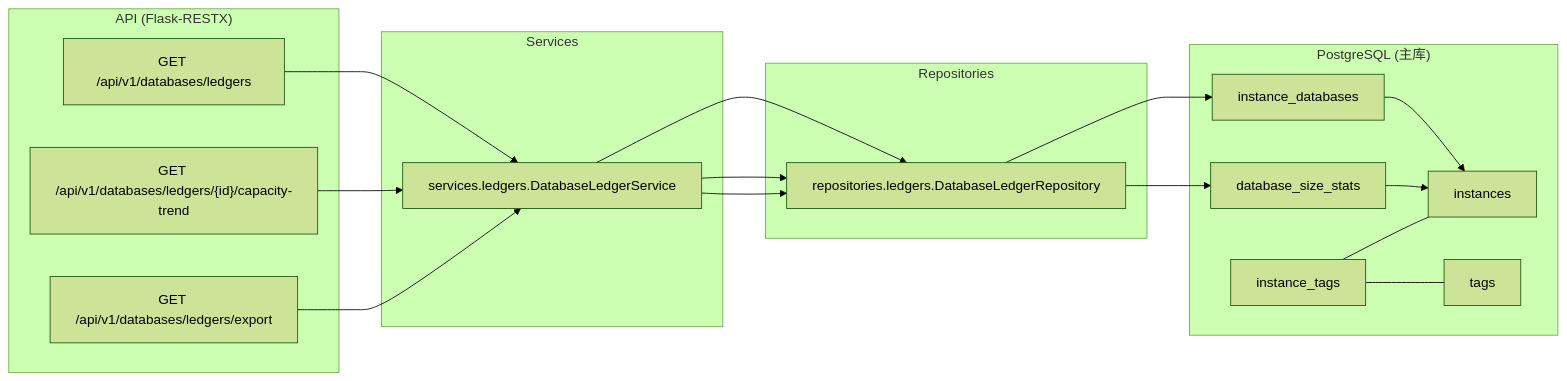
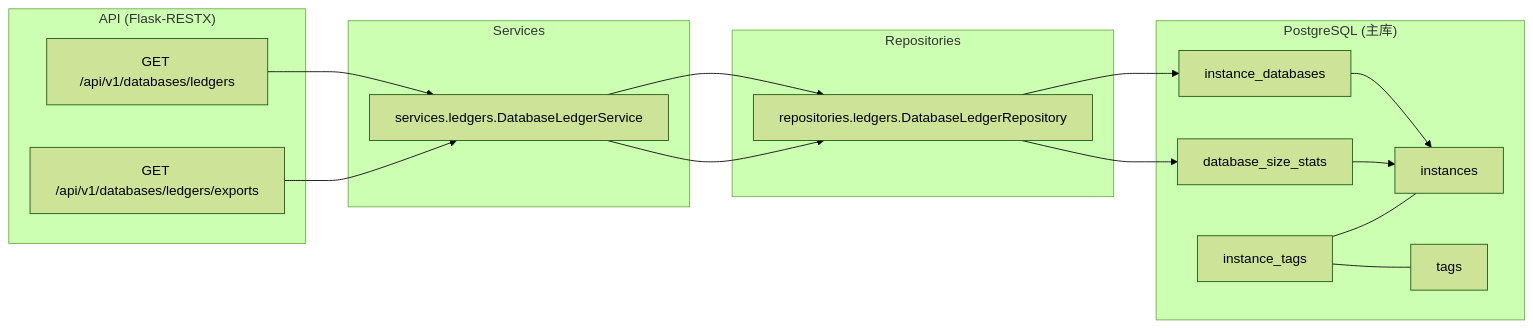
One commit to nyealovey/WhaleFall changed the diagram in docs/architecture/databases-ledger-domain.md. Above: the diagram before and after it, drawn with Mermaid (forest theme). The commit also changed other lines of this file and 50 other files, not shown here.

````diff
--- a/docs/architecture/databases-ledger-domain.md
+++ b/docs/architecture/databases-ledger-domain.md
@@ -30,32 +29,31 @@
 ```mermaid
 flowchart LR
   subgraph API["API (Flask-RESTX)"]
     Ledgers["GET /api/v1/databases/ledgers"]
-    Trend["GET /api/v1/databases/ledgers/{id}/capacity-trend"]
-    Export["GET /api/v1/databases/ledgers/export"]
+    Export["GET /api/v1/databases/ledgers/exports"]
   end
 
   subgraph Services["Services"]
     LedgerSvc["services.ledgers.DatabaseLedgerService"]
   end
 
   subgraph Repos["Repositories"]
     LedgerRepo["repositories.ledgers.DatabaseLedgerRepository"]
   end
 
   subgraph DB["PostgreSQL (主库)"]
     TInst["instances"]
     TDB["instance_databases"]
     TStat["database_size_stats"]
     TTags["tags"]
     TLink["instance_tags"]
   end
 
   Ledgers --> LedgerSvc --> LedgerRepo --> TDB
-  Trend --> LedgerSvc --> LedgerRepo --> TStat
+  LedgerRepo --> TStat
   Export --> LedgerSvc --> LedgerRepo
   TDB --> TInst
   TStat --> TInst
   TLink --- TInst
   TLink --- TTags
 ```
````
